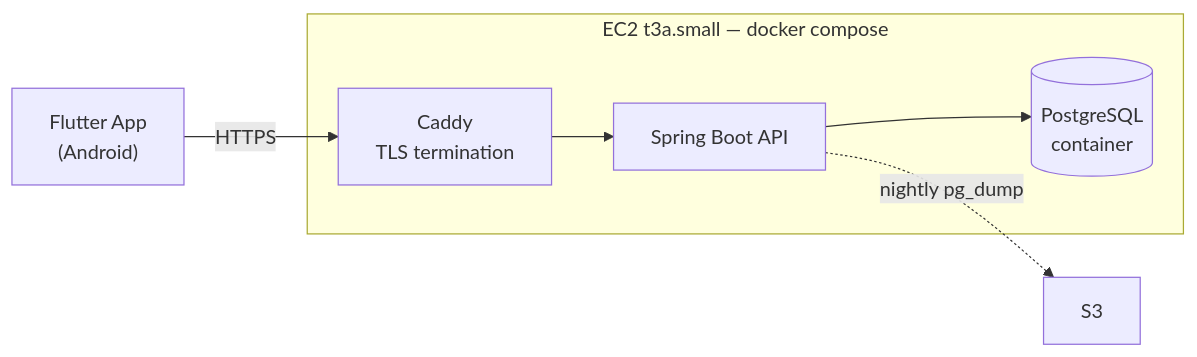
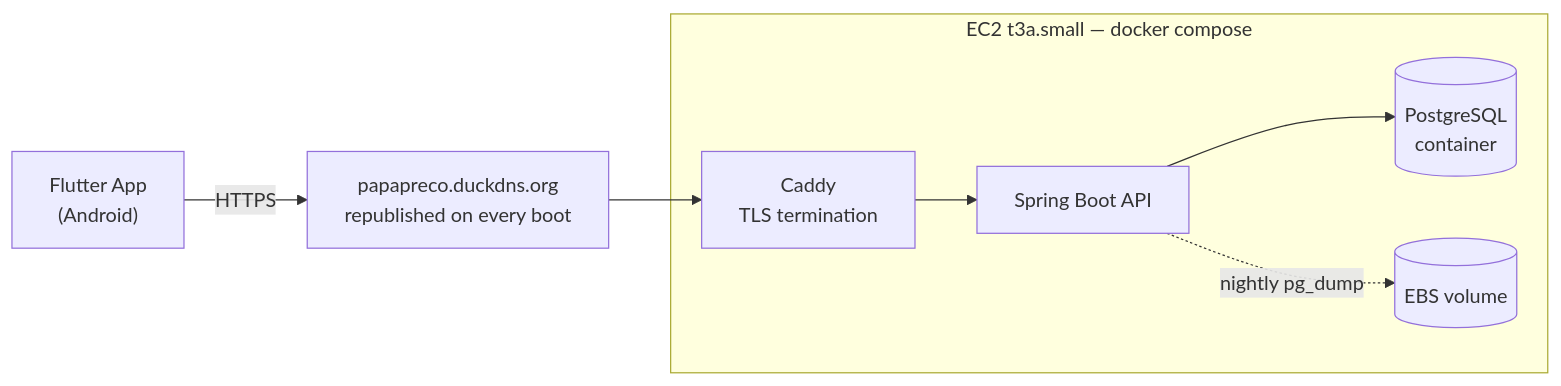
Before and after one commit to Juniorrek/papapreco: the first of 2 diagrams in docs/ROADMAP.md, drawn with Mermaid. The commit also changed other lines of this file, not shown here.

First line of the commit message:
docs(roadmap): record DNS and HTTPS as built, and the three departures

````diff
--- a/docs/ROADMAP.md
+++ b/docs/ROADMAP.md
@@ -173,9 +173,10 @@
 ```mermaid
 flowchart LR
-    App["Flutter App<br/>(Android)"] -->|HTTPS| Caddy["Caddy<br/>TLS termination"]
+    App["Flutter App<br/>(Android)"] -->|HTTPS| DNS["papapreco.duckdns.org<br/>republished on every boot"]
     subgraph EC2["EC2 t3a.small — docker compose"]
-        Caddy --> API["Spring Boot API"]
+        Caddy["Caddy<br/>TLS termination"] --> API["Spring Boot API"]
         API --> DB[("PostgreSQL<br/>container")]
+        API -.nightly pg_dump.-> Vol[("EBS volume")]
     end
-    API -.nightly pg_dump.-> S3["S3"]
+    DNS --> Caddy
 ```
````
